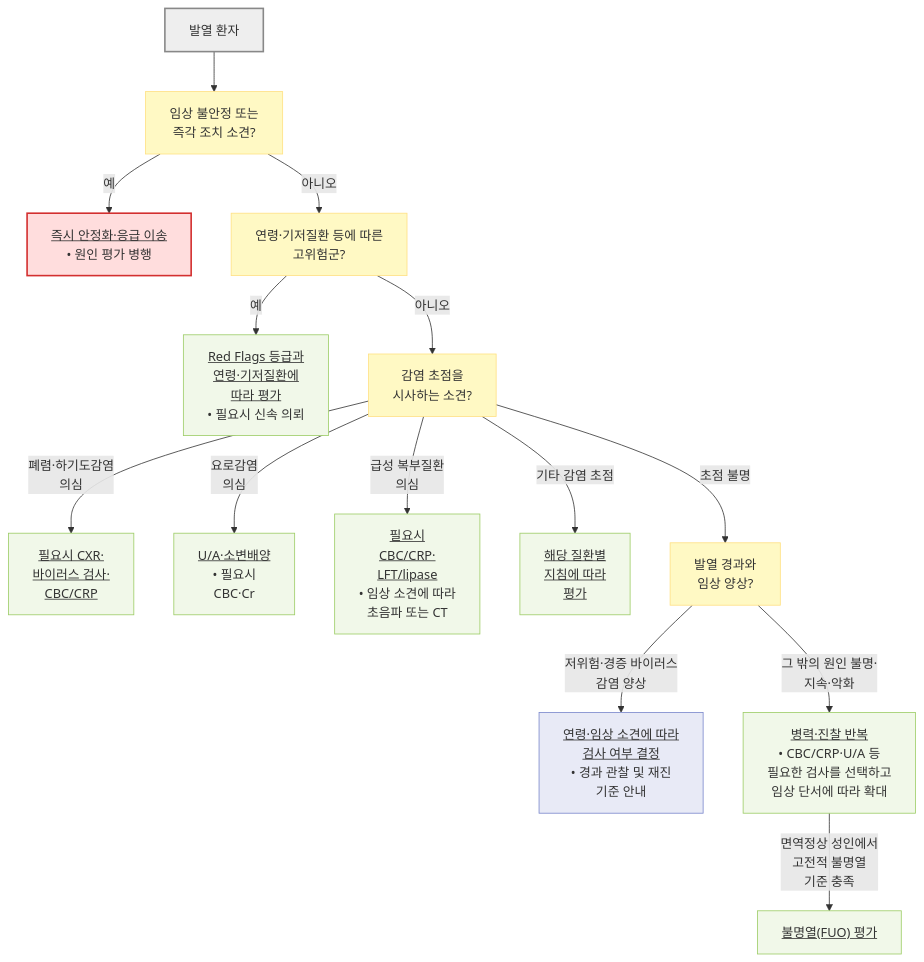
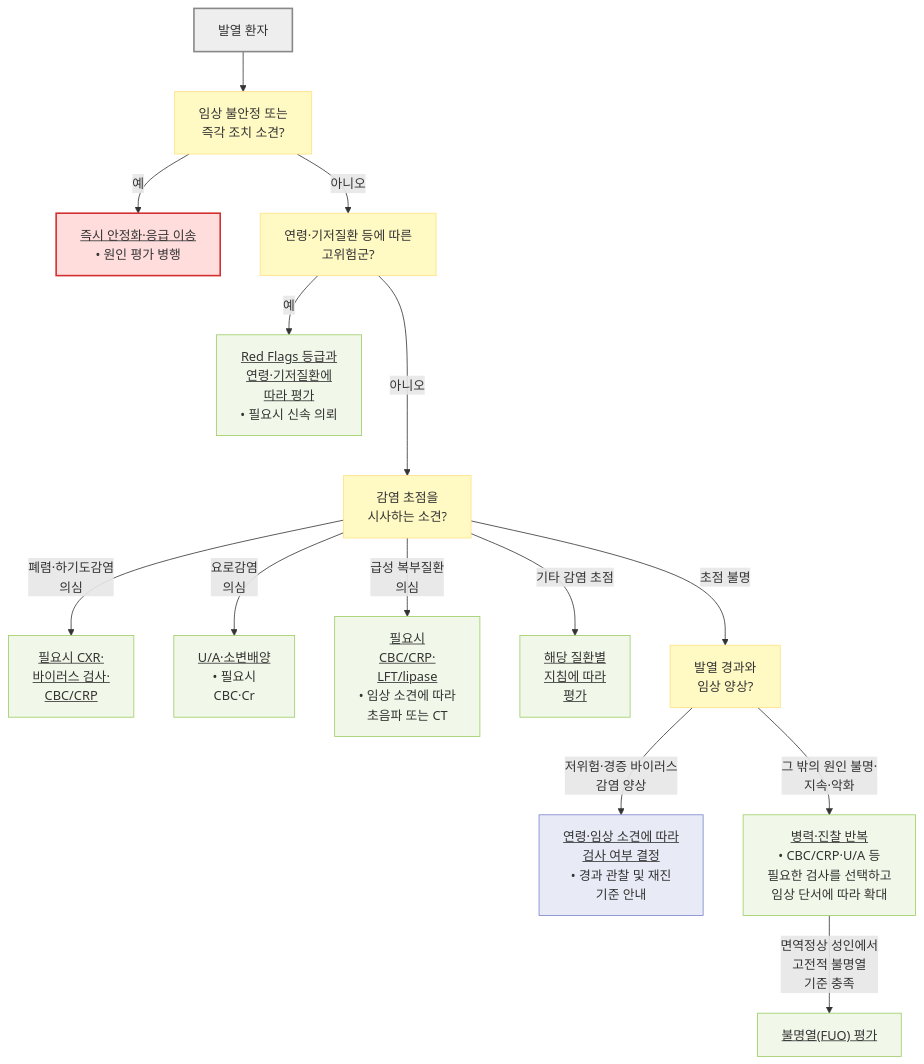
The first of 3 diagrams in 220_/011_-fever.md (familyoh77/familyoh77), drawn with Mermaid before and after one commit. The commit also changed other lines of this file, not shown here.

````diff
--- a/220_/011_-fever.md
+++ b/220_/011_-fever.md
@@ -155,26 +155,26 @@
 ```mermaid
 flowchart TD
     A["발열 환자"] --> B["임상 불안정 또는 <br/>즉각 조치 소견?"]
     B -- "예" --> C["<u>즉시 안정화·응급 이송</u><br/>• 원인 평가 병행"]
     B -- "아니오" --> B2["연령·기저질환 등에 따른 <br/>고위험군?"]
     B2 -- "예" --> C2["<u>Red Flags 등급과 <br/>연령·기저질환에 <br/>따라 평가</u><br/>• 필요시 신속 의뢰"]
-    B2 -- "아니오" --> D["감염 초점을 <br/>시사하는 소견?"]
+    B2 -- "아니오" ---> D["감염 초점을 <br/>시사하는 소견?"]
     D -- "폐렴·하기도감염 <br/>의심" --> E["<u>필요시 CXR·<br/>바이러스 검사·<br/>CBC/CRP</u>"]
     D -- "요로감염 <br/>의심" --> F["<u>U/A·소변배양</u><br/>• 필요시 <br/>CBC·Cr"]
     D -- "급성 복부질환 <br/>의심" --> G["<u>필요시 <br/>CBC/CRP·<br/>LFT/lipase</u><br/>• 임상 소견에 따라 <br/>초음파 또는 CT"]
     D -- "기타 감염 초점" --> G2["<u>해당 질환별 <br/>지침에 따라 <br/>평가</u>"]
     D -- "초점 불명" --> H["발열 경과와 <br/>임상 양상?"]
     H -- "저위험·경증 바이러스 <br/>감염 양상" --> I["<u>연령·임상 소견에 따라<br/>검사 여부 결정</u><br/>• 경과 관찰 및 재진 <br/>기준 안내"]
     H -- "그 밖의 원인 불명·<br/>지속·악화" --> J["<u>병력·진찰 반복</u><br/>• CBC/CRP·U/A 등 <br/>필요한 검사를 선택하고 <br/>임상 단서에 따라 확대"]
     J -- "면역정상 성인에서 <br/>고전적 불명열 <br/>기준 충족" --> K["<u>불명열(FUO) 평가</u>"]
     classDef start fill:#eeeeee,stroke:#888888,stroke-width:2px
     classDef question fill:#fff9c4,stroke:#ffe082
     classDef emergency fill:#ffdddd,stroke:#d32f2f,stroke-width:2px
     classDef evaluation fill:#f1f8e9,stroke:#9ccc65
     classDef followup fill:#e8eaf6,stroke:#7986cb
     class A start
     class B,B2,D,H question
     class C emergency
     class C2,E,F,G,G2,J,K evaluation
     class I followup
 ```
````
